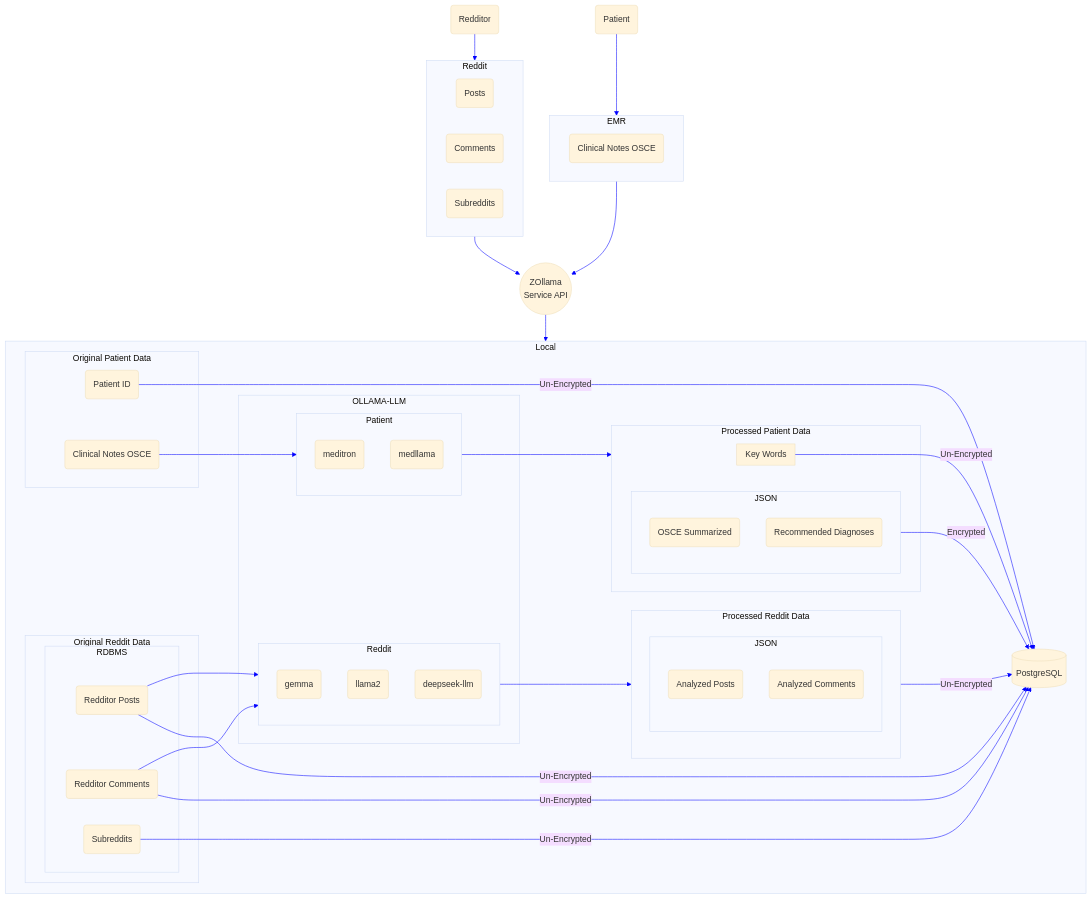
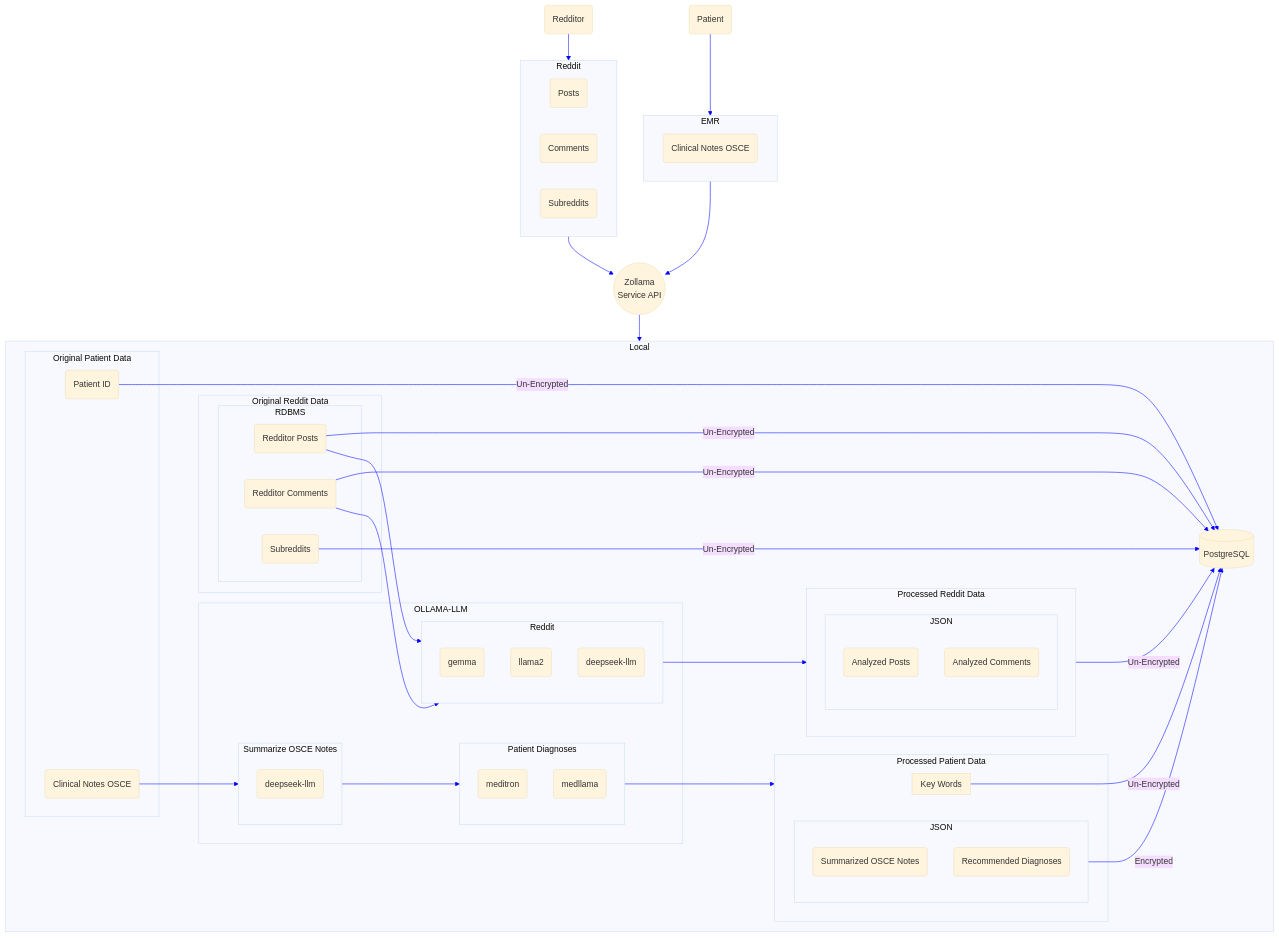
Before and after one commit to ovaisq/LLM-MedBillingForecast: the first of 3 diagrams in README.md, drawn with Mermaid.

````diff
--- a/README.md
+++ b/README.md
@@ -5,7 +5,7 @@
 ```mermaid
 %%{init: {'theme': 'base', 'themeVariables': {'lineColor': 'Blue'}}}%%
 flowchart TD
-Z((ZOllama
+Z((Zollama
 Service API))
 A(gemma)
 AZA(llama2)
@@ -26,6 +26,7 @@
 F --> Reddit
 
 subgraph Local
+
 PatientOllama --> ProcessedPatientData
 RedditOllama --> ProcessedRedditData
 PJSON -- Encrypted --> D
@@ -36,7 +37,8 @@
 RDD --"Un-Encrypted"--> D
 RDE --"Un-Encrypted"--> D
 RDC --"Un-Encrypted"--> D
-OPDA --> PatientOllama
+OPDA --> Summary
+Summary --> PatientOllama
 OPDB -- "Un-Encrypted" --> D
 DiagnosticKeyWords -- "Un-Encrypted" --> D
 
@@ -59,14 +61,17 @@
 AZA
 AZB
 end
-subgraph PatientOllama["Patient"]
+subgraph Summary["Summarize OSCE Notes"]
+SA(deepseek-llm)
+end
+subgraph PatientOllama["Patient Diagnoses"]
 B
 BA
 end
 end
 subgraph ProcessedPatientData["Processed Patient Data"]
 subgraph PJSON["JSON"]
-PDB(OSCE Summarized)
+PDB(Summarized OSCE Notes)
 PDC(Recommended Diagnoses)
 end
 subgraph DiagnosticKeyWords["Key Words"]
````
